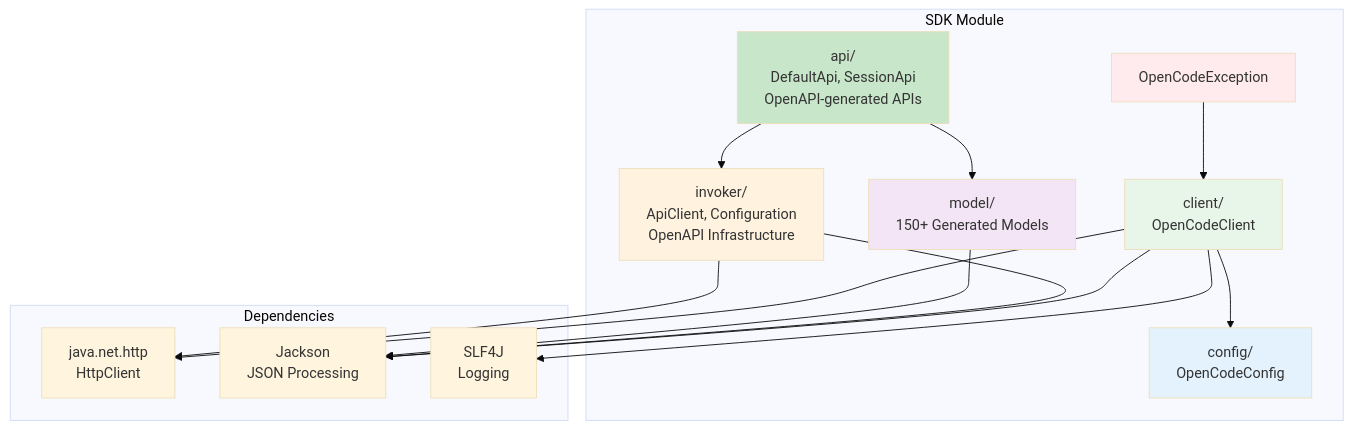
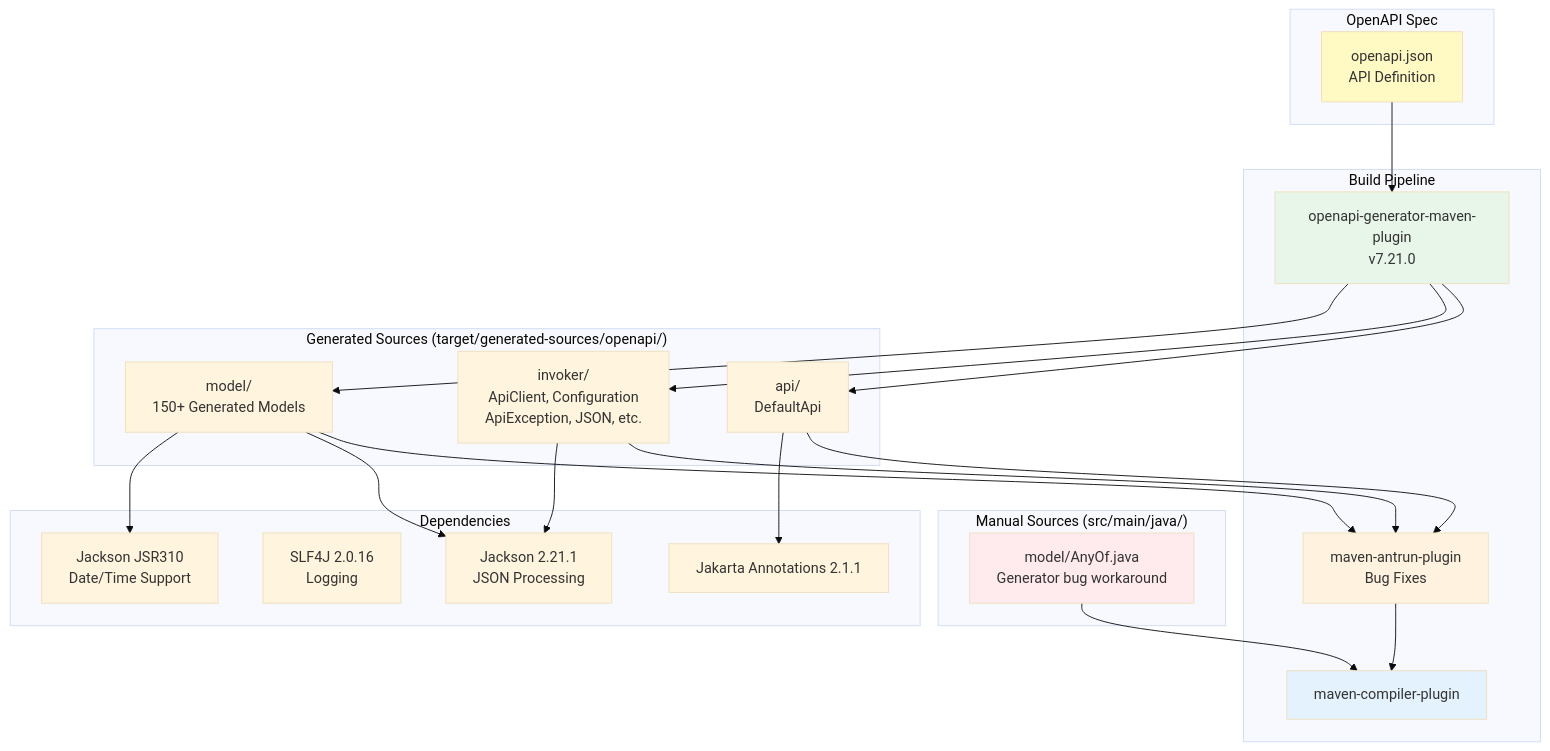
Before and after one commit to alexheadliner/opencode-java-sdk: the diagram in sdk/AGENTS.md, drawn with Mermaid (base theme). The commit also changed other lines of this file and 8 other files, not shown here.

Commit message:
release scripts, comment openapi json download as it is not full for now, look like opencode bug

````diff
--- a/sdk/AGENTS.md
+++ b/sdk/AGENTS.md
@@ -11,35 +11,49 @@
 ```mermaid
 flowchart TB
-    subgraph "SDK Module"
-        API["api/<br/>DefaultApi, SessionApi<br/>OpenAPI-generated APIs"]
-        CLIENT["client/<br/>OpenCodeClient"]
-        CONFIG["config/<br/>OpenCodeConfig"]
-        INVOKER["invoker/<br/>ApiClient, Configuration<br/>OpenAPI Infrastructure"]
+    subgraph "OpenAPI Spec"
+        SPEC["openapi.json<br/>API Definition"]
+    end
+
+    subgraph "Build Pipeline"
+        GEN["openapi-generator-maven-plugin<br/>v7.21.0"]
+        FIX["maven-antrun-plugin<br/>Bug Fixes"]
+        COMPILE["maven-compiler-plugin"]
+    end
+
+    subgraph "Generated Sources (target/generated-sources/openapi/)"
+        API["api/<br/>DefaultApi"]
+        INVOKER["invoker/<br/>ApiClient, Configuration<br/>ApiException, JSON, etc."]
         MODELS["model/<br/>150+ Generated Models"]
-        EXCEPTION["OpenCodeException"]
+    end
+
+    subgraph "Manual Sources (src/main/java/)"
+        ANYOF["model/AnyOf.java<br/>Generator bug workaround"]
     end
 
     subgraph "Dependencies"
-        HTTP["java.net.http<br/>HttpClient"]
-        JACKSON["Jackson<br/>JSON Processing"]
-        SLF4J["SLF4J<br/>Logging"]
+        JACKSON["Jackson 2.21.1<br/>JSON Processing"]
+        SLF4J["SLF4J 2.0.16<br/>Logging"]
+        JAKARTA["Jakarta Annotations 2.1.1"]
+        JSR310["Jackson JSR310<br/>Date/Time Support"]
     end
 
-    API --> INVOKER
-    API --> MODELS
-    CLIENT --> CONFIG
-    CLIENT --> HTTP
-    CLIENT --> JACKSON
-    CLIENT --> SLF4J
-    INVOKER --> HTTP
+    SPEC --> GEN
+    GEN --> API
+    GEN --> INVOKER
+    GEN --> MODELS
+    API --> FIX
+    INVOKER --> FIX
+    MODELS --> FIX
+    FIX --> COMPILE
+    ANYOF --> COMPILE
     INVOKER --> JACKSON
     MODELS --> JACKSON
-    EXCEPTION --> CLIENT
+    MODELS --> JSR310
+    API --> JAKARTA
 
-    style API fill:#c8e6c9
-    style CLIENT fill:#e8f5e9
-    style CONFIG fill:#e3f2fd
-    style INVOKER fill:#fff3e0
-    style MODELS fill:#f3e5f5
-    style EXCEPTION fill:#ffebee
+    style SPEC fill:#fff9c4
+    style GEN fill:#e8f5e9
+    style FIX fill:#fff3e0
+    style COMPILE fill:#e3f2fd
+    style ANYOF fill:#ffebee
 ```
````
